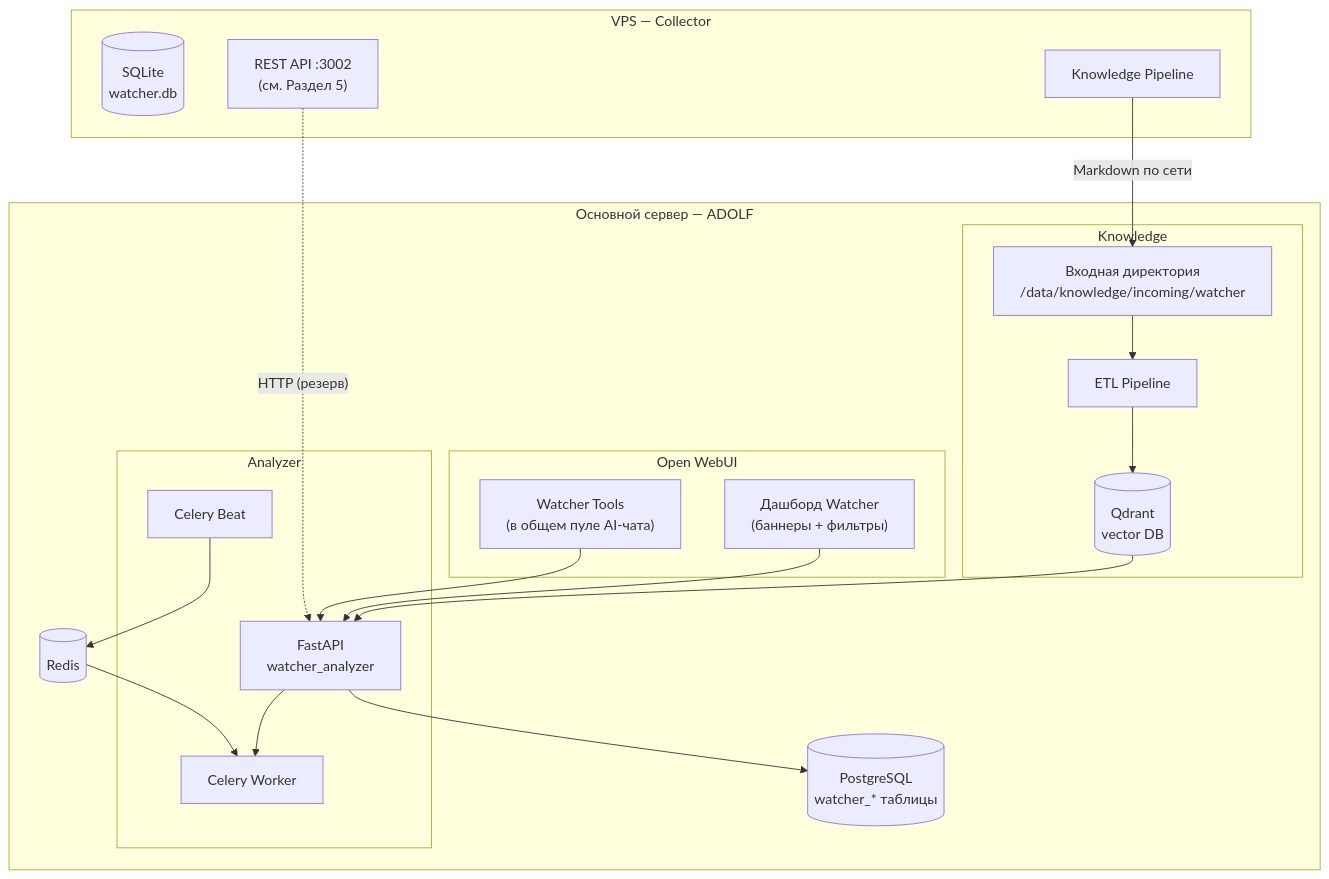
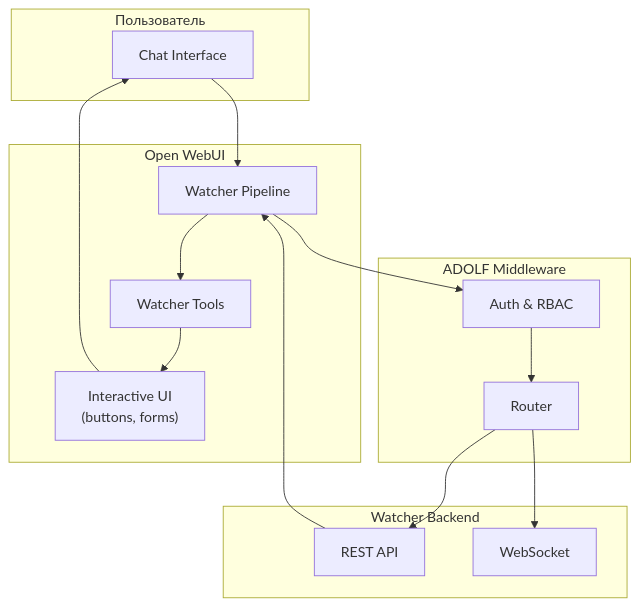
The diagram in watcher/adolf_watcher_6_analyzer_open_webui.md (Sign25/Docs), drawn with Mermaid before and after one commit. The commit also changed other lines of this file and 13 other files, not shown here.

````diff
--- a/watcher/adolf_watcher_6_analyzer_open_webui.md
+++ b/watcher/adolf_watcher_6_analyzer_open_webui.md
@@ -58,44 +33,33 @@
 ```mermaid
-flowchart TB
-    subgraph VPS["VPS — Collector"]
-        SQLITE[("SQLite<br/>watcher.db")]
-        API_COL["REST API :3002<br/>(см. Раздел 5)"]
-        KP["Knowledge Pipeline"]
+graph TB
+    subgraph USER["Пользователь"]
+        CHAT["Chat Interface"]
     end
-
-    subgraph MAIN["Основной сервер — ADOLF"]
-        subgraph ANALYZER["Analyzer"]
-            FAST["FastAPI<br/>watcher_analyzer"]
-            CELERY_W["Celery Worker"]
-            CELERY_B["Celery Beat"]
-        end
-
-        subgraph KNOWLEDGE["Knowledge"]
-            INPUT["Входная директория<br/>/data/knowledge/incoming/watcher"]
-            ETL["ETL Pipeline"]
-            QDRANT[("Qdrant<br/>vector DB")]
-        end
-
-        subgraph OWUI["Open WebUI"]
-            DASH["Дашборд Watcher<br/>(баннеры + фильтры)"]
-            TOOLS["Watcher Tools<br/>(в общем пуле AI-чата)"]
-        end
-
-        CORE_DB[("PostgreSQL<br/>watcher_* таблицы")]
-        REDIS[("Redis")]
+    
+    subgraph OWUI["Open WebUI"]
+        PIPE["Watcher Pipeline"]
+        TOOLS["Watcher Tools"]
+        UI["Interactive UI<br/>(buttons, forms)"]
     end
-
-    KP -->|"Markdown по сети"| INPUT
-    INPUT --> ETL
-    ETL --> QDRANT
-
-    QDRANT --> FAST
-    FAST --> CORE_DB
-    FAST --> CELERY_W
-    CELERY_B --> REDIS --> CELERY_W
-
-    DASH --> FAST
-    TOOLS --> FAST
-
-    API_COL -.->|"HTTP (резерв)"| FAST
+    
+    subgraph MIDDLEWARE["ADOLF Middleware"]
+        AUTH["Auth & RBAC"]
+        ROUTE["Router"]
+    end
+    
+    subgraph WATCHER["Watcher Backend"]
+        API["REST API"]
+        WS["WebSocket"]
+    end
+    
+    CHAT --> PIPE
+    PIPE --> TOOLS
+    TOOLS --> UI
+    PIPE --> AUTH
+    AUTH --> ROUTE
+    ROUTE --> API
+    ROUTE --> WS
+    
+    API --> PIPE
+    UI --> CHAT
 ```
````
